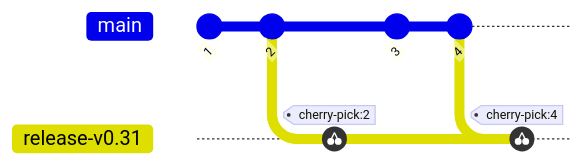
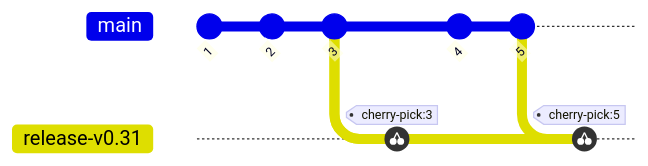
The third of 3 diagrams in docs/developer/release/create-release-branch.md (grafana/agent), drawn with Mermaid before and after one commit. The commit also changed other lines of this file and 2 other files, not shown here.

````diff
--- a/docs/developer/release/create-release-branch.md
+++ b/docs/developer/release/create-release-branch.md
@@ -29,13 +55,14 @@
 ```mermaid
 gitGraph
     commit id: "1"
     commit id: "2"
+    commit id: "3"
     branch release-v0.31
     checkout release-v0.31
-    cherry-pick id: "2"
+    cherry-pick id: "3"
     checkout main
-    commit id: "3"
     commit id: "4"
+    commit id: "5"
     checkout release-v0.31
-    cherry-pick id: "4"
+    cherry-pick id: "5"
 ```
````
